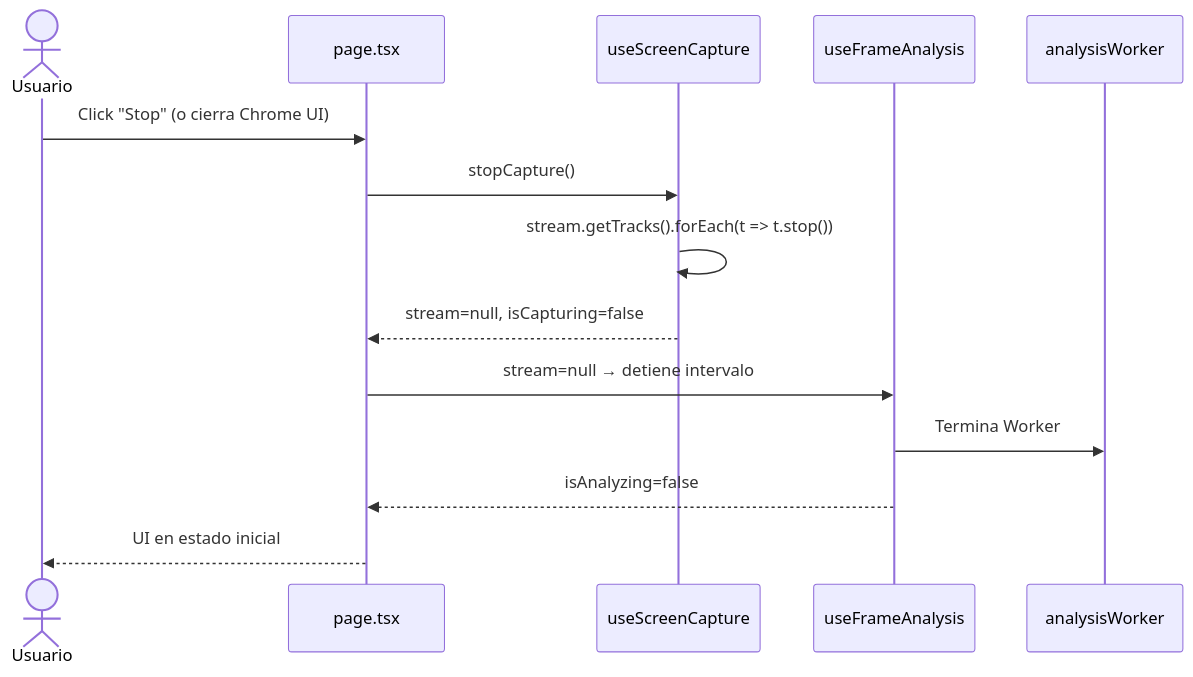
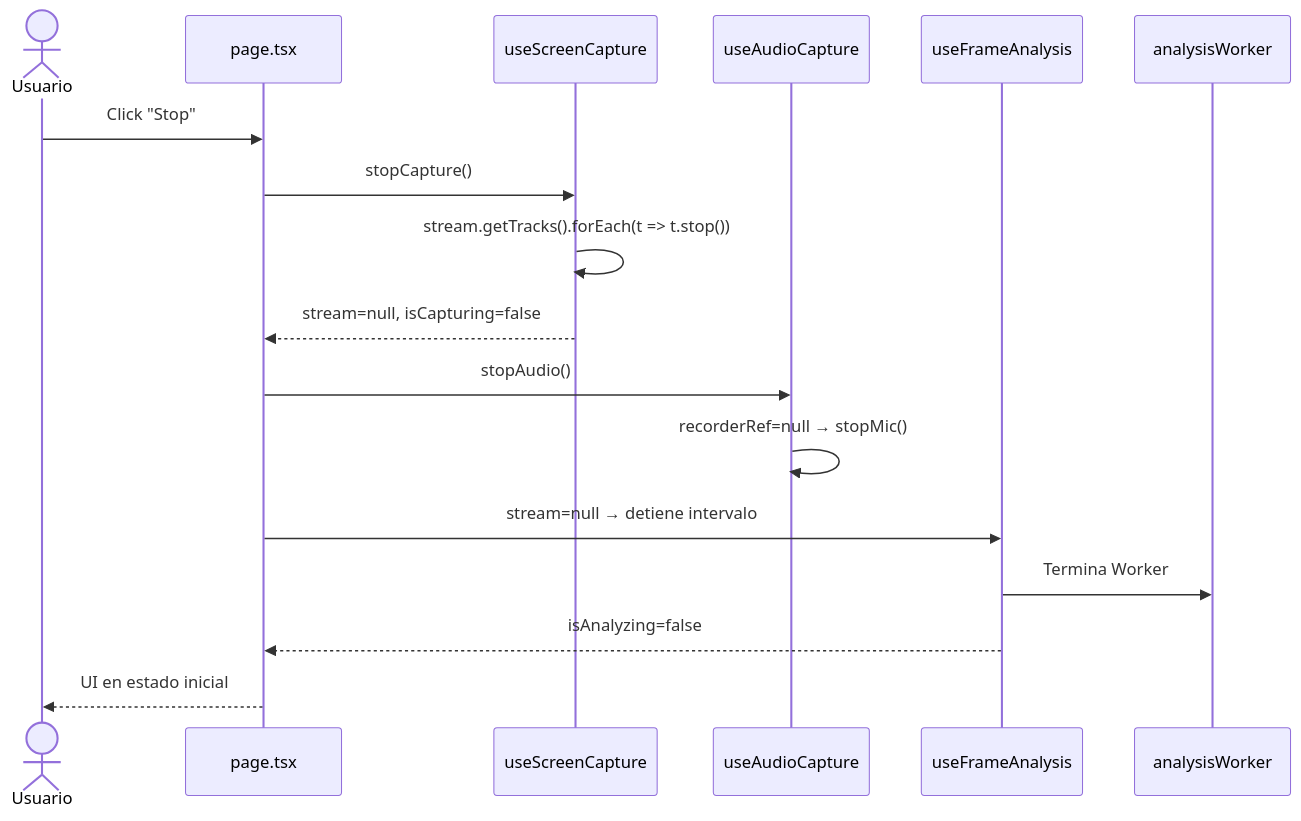
Before and after one commit to Freddymhs/cerebrado: the fourth of 5 diagrams in docs/diagrams/DIAGRAMAS_SECUENCIA.md, drawn with Mermaid. The commit also changed other lines of this file and 19 other files, not shown here.

````diff
--- a/docs/diagrams/DIAGRAMAS_SECUENCIA.md
+++ b/docs/diagrams/DIAGRAMAS_SECUENCIA.md
@@ -68,17 +126,20 @@
 ```mermaid
 sequenceDiagram
     actor Usuario
     participant UI as page.tsx
     participant Hook as useScreenCapture
+    participant AudioHook as useAudioCapture
     participant Analysis as useFrameAnalysis
     participant Worker as analysisWorker
 
-    Usuario->>UI: Click "Stop" (o cierra Chrome UI)
+    Usuario->>UI: Click "Stop"
     UI->>Hook: stopCapture()
     Hook->>Hook: stream.getTracks().forEach(t => t.stop())
     Hook-->>UI: stream=null, isCapturing=false
+    UI->>AudioHook: stopAudio()
+    AudioHook->>AudioHook: recorderRef=null → stopMic()
     UI->>Analysis: stream=null → detiene intervalo
     Analysis->>Worker: Termina Worker
     Analysis-->>UI: isAnalyzing=false
     UI-->>Usuario: UI en estado inicial
 ```
````
